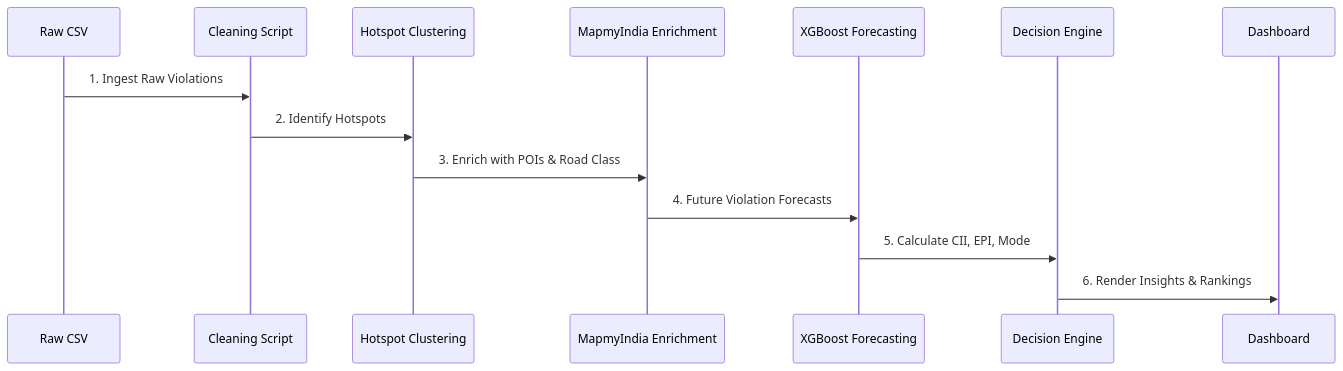
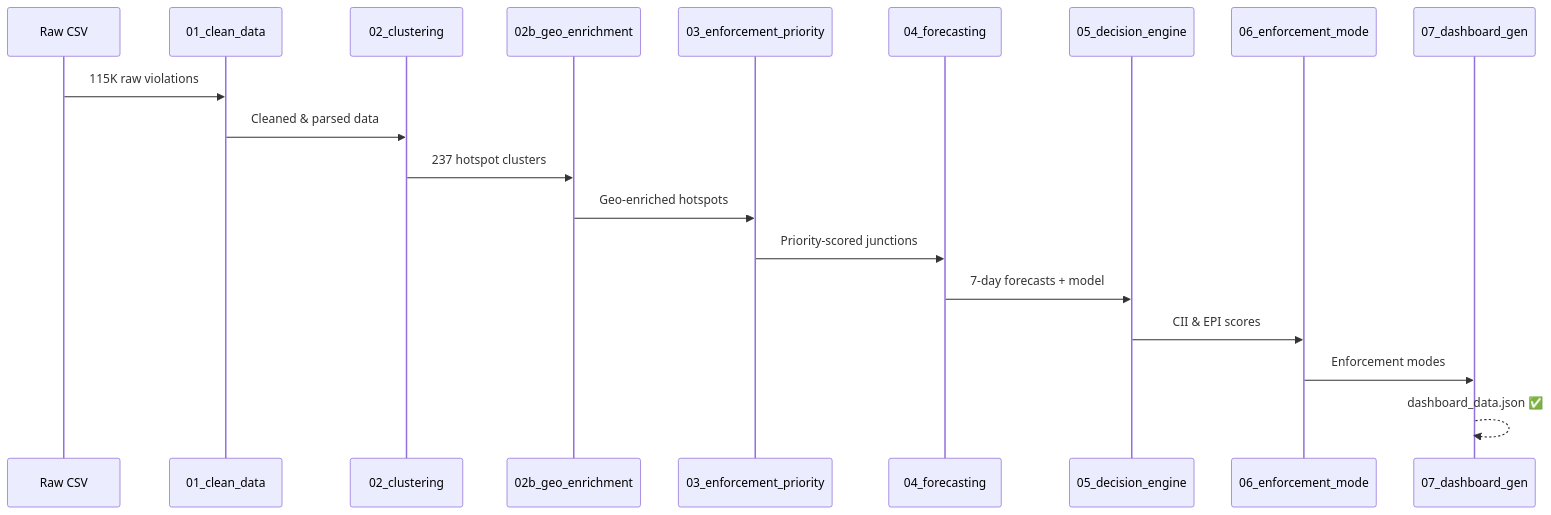
One commit to sanyam-15/Parkplus changed the second of 2 diagrams in README.md. Above: the diagram before and after it, drawn with Mermaid. The commit also changed other lines of this file, not shown here.

Commit message:
Update README with polished formatting and dashboard images

````diff
--- a/README.md
+++ b/README.md
@@ -82,17 +129,22 @@
 ```mermaid
 sequenceDiagram
-    participant Data as Raw CSV
-    participant Clean as Cleaning Script
-    participant Cluster as Hotspot Clustering
-    participant Geo as MapmyIndia Enrichment
-    participant ML as XGBoost Forecasting
-    participant Engine as Decision Engine
-    participant UI as Dashboard
+    participant CSV as Raw CSV
+    participant S1 as 01_clean_data
+    participant S2 as 02_clustering
+    participant S3 as 02b_geo_enrichment
+    participant S4 as 03_enforcement_priority
+    participant S5 as 04_forecasting
+    participant S6 as 05_decision_engine
+    participant S7 as 06_enforcement_mode
+    participant S8 as 07_dashboard_gen
 
-    Data->>Clean: 1. Ingest Raw Violations
-    Clean->>Cluster: 2. Identify Hotspots
-    Cluster->>Geo: 3. Enrich with POIs & Road Class
-    Geo->>ML: 4. Future Violation Forecasts
-    ML->>Engine: 5. Calculate CII, EPI, Mode
-    Engine->>UI: 6. Render Insights & Rankings
+    CSV->>S1: 115K raw violations
+    S1->>S2: Cleaned & parsed data
+    S2->>S3: 237 hotspot clusters
+    S3->>S4: Geo-enriched hotspots
+    S4->>S5: Priority-scored junctions
+    S5->>S6: 7-day forecasts + model
+    S6->>S7: CII & EPI scores
+    S7->>S8: Enforcement modes
+    S8-->>S8: dashboard_data.json ✅
 ```
````
